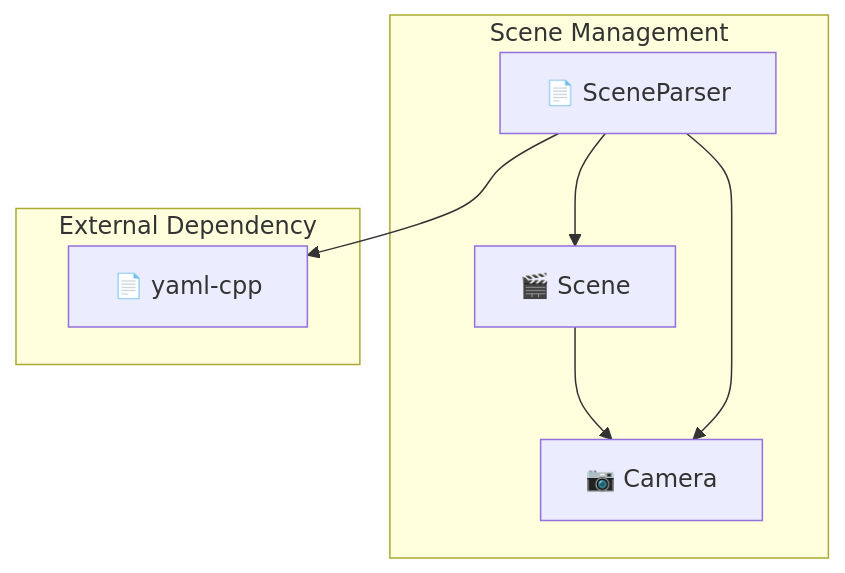
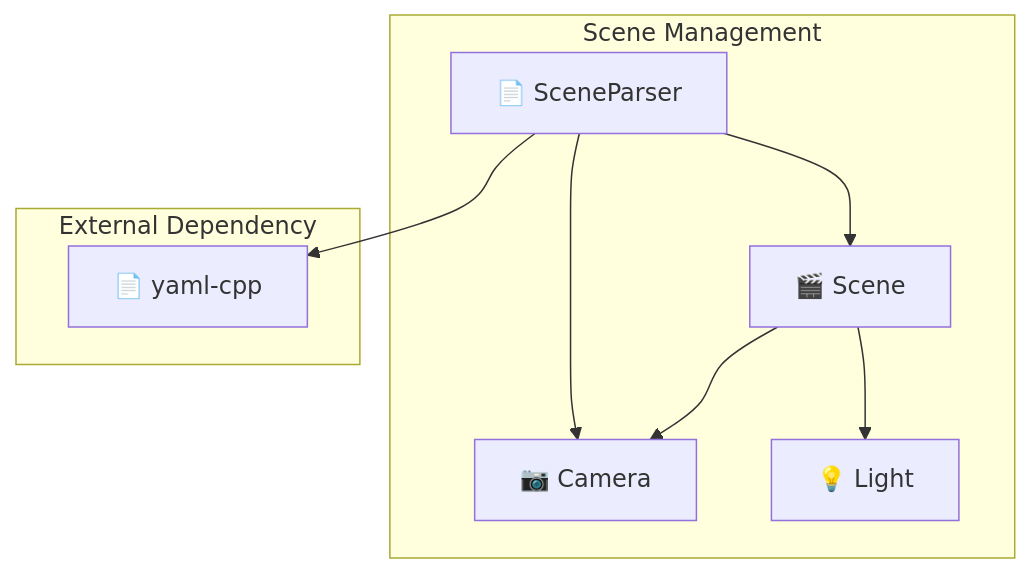
Before and after one commit to CS-LucasGuimaraes/PG: the fifth of 5 diagrams in ARCHITECTURE.md, drawn with Mermaid. The commit also changed 13 other files, not shown here.

````diff
--- a/ARCHITECTURE.md
+++ b/ARCHITECTURE.md
@@ -122,17 +122,21 @@
 ```mermaid
 graph TD;
     subgraph "Scene Management"
         SCENE["🎬 Scene"];
         CAMERA["📷 Camera"];
         SCENE_PARSER["📄 SceneParser"];
+        LIGHT["💡 Light"];
     end
 
     subgraph "External Dependency"
         YAML_CPP["📄 yaml-cpp"];
     end
 
     SCENE --> CAMERA;
+    SCENE --> LIGHT;
+    
     SCENE_PARSER --> CAMERA;
     SCENE_PARSER --> YAML_CPP;
     SCENE_PARSER --> SCENE;
+
 ```
````
